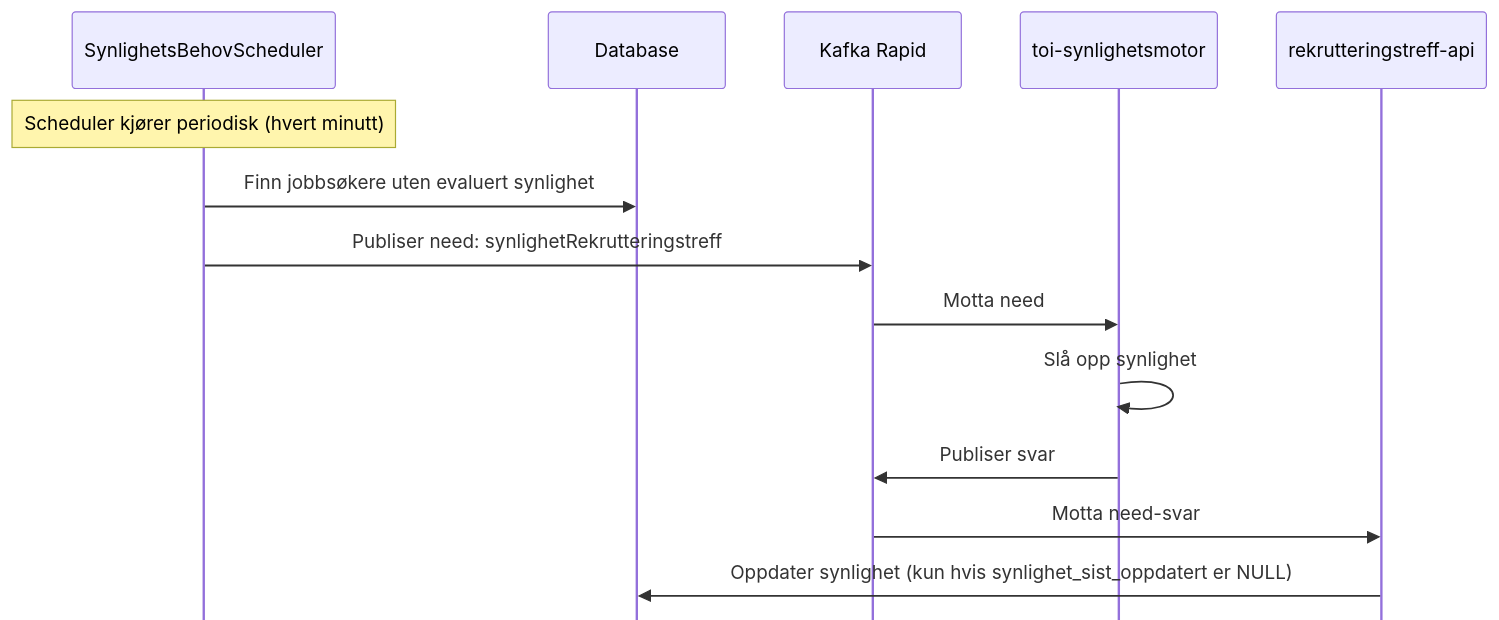
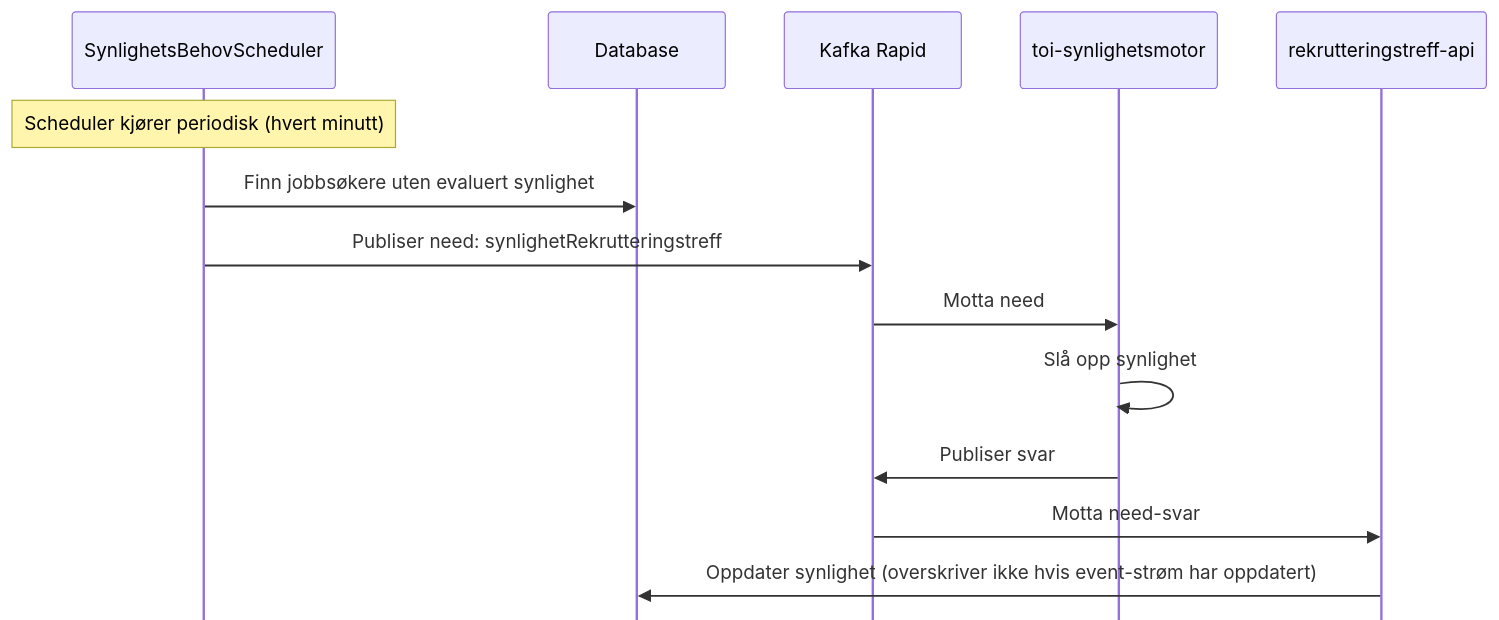
Before and after one commit to navikt/rekrutteringstreff-backend: the third of 5 diagrams in docs/3-sikkerhet/synlighet.md, drawn with Mermaid. The commit also changed other lines of this file, not shown here.

Commit message:
Oppdatert synlighetsdiaram

````diff
--- a/docs/3-sikkerhet/synlighet.md
+++ b/docs/3-sikkerhet/synlighet.md
@@ -74,20 +74,20 @@
 ```mermaid
 sequenceDiagram
     %%{init: {'sequence': {'mirrorActors': false}}}%%
     participant Sched as SynlighetsBehovScheduler
     participant DB as Database
     participant Kafka as Kafka Rapid
     participant SM as toi-synlighetsmotor
     participant API as rekrutteringstreff-api
 
     Note over Sched: Scheduler kjører periodisk (hvert minutt)
     Sched->>DB: Finn jobbsøkere uten evaluert synlighet
     Sched->>Kafka: Publiser need: synlighetRekrutteringstreff
 
     Kafka->>SM: Motta need
     SM->>SM: Slå opp synlighet
     SM->>Kafka: Publiser svar
 
     Kafka->>API: Motta need-svar
-    API->>DB: Oppdater synlighet (kun hvis synlighet_sist_oppdatert er NULL)
+    API->>DB: Oppdater synlighet (overskriver ikke hvis event-strøm har oppdatert)
 ```
````
